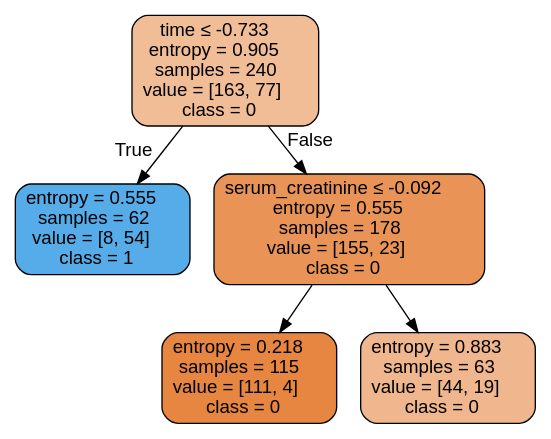
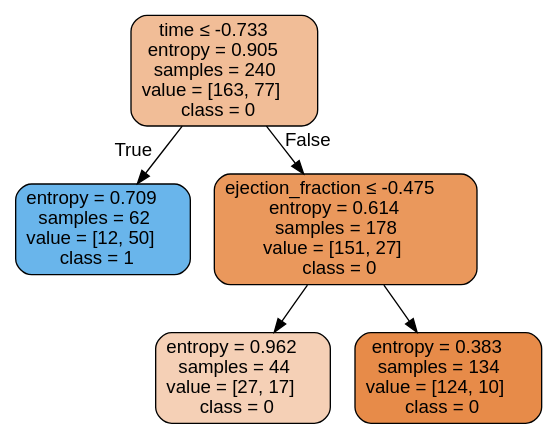
Before and after one commit to isabelSoares/CD-2021: the diagram in Labs/Results/DecisionTrees/Original/HFCR - Original - dtree.dot, drawn with Graphviz. The commit also changed 43 other files, not shown here.

```diff
--- a/Labs/Results/DecisionTrees/Original/HFCR - Original - dtree.dot
+++ b/Labs/Results/DecisionTrees/Original/HFCR - Original - dtree.dot
@@ -1,13 +1,13 @@
 digraph Tree {
 node [shape=box, style="filled, rounded", color="black", fontname=helvetica] ;
 edge [fontname=helvetica] ;
 0 [label=<time &le; -0.733<br/>entropy = 0.905<br/>samples = 240<br/>value = [163, 77]<br/>class = 0>, fillcolor="#f1bd97"] ;
-1 [label=<entropy = 0.555<br/>samples = 62<br/>value = [8, 54]<br/>class = 1>, fillcolor="#56ace9"] ;
+1 [label=<entropy = 0.709<br/>samples = 62<br/>value = [12, 50]<br/>class = 1>, fillcolor="#69b5eb"] ;
 0 -> 1 [labeldistance=2.5, labelangle=45, headlabel="True"] ;
-2 [label=<serum_creatinine &le; -0.092<br/>entropy = 0.555<br/>samples = 178<br/>value = [155, 23]<br/>class = 0>, fillcolor="#e99456"] ;
+2 [label=<ejection_fraction &le; -0.475<br/>entropy = 0.614<br/>samples = 178<br/>value = [151, 27]<br/>class = 0>, fillcolor="#ea985c"] ;
 0 -> 2 [labeldistance=2.5, labelangle=-45, headlabel="False"] ;
-3 [label=<entropy = 0.218<br/>samples = 115<br/>value = [111, 4]<br/>class = 0>, fillcolor="#e68640"] ;
+3 [label=<entropy = 0.962<br/>samples = 44<br/>value = [27, 17]<br/>class = 0>, fillcolor="#f5d0b6"] ;
 2 -> 3 ;
-4 [label=<entropy = 0.883<br/>samples = 63<br/>value = [44, 19]<br/>class = 0>, fillcolor="#f0b78e"] ;
+4 [label=<entropy = 0.383<br/>samples = 134<br/>value = [124, 10]<br/>class = 0>, fillcolor="#e78b49"] ;
 2 -> 4 ;
 }
```
